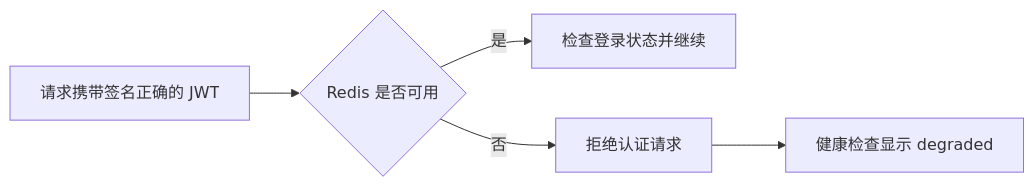
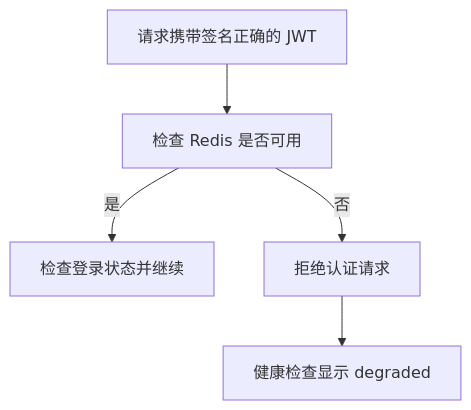
Before and after one commit to myth8/zzx-ai-agent: the ninth of 9 diagrams in docs/blogs/阶段0.2-JWT与Redis认证体系.md, drawn with Mermaid. The commit also changed other lines of this file and 27 other files, not shown here.

````diff
--- a/docs/blogs/阶段0.2-JWT与Redis认证体系.md
+++ b/docs/blogs/阶段0.2-JWT与Redis认证体系.md
@@ -469,7 +427,7 @@
 ```mermaid
-flowchart LR
-    A[请求携带签名正确的 JWT] --> B{Redis 是否可用}
-    B -->|是| C[检查登录状态并继续]
-    B -->|否| D[拒绝认证请求]
-    D --> E[健康检查显示 degraded]
+flowchart TD
+    A["请求携带签名正确的 JWT"] --> B["检查 Redis 是否可用"]
+    B -->|是| C["检查登录状态并继续"]
+    B -->|否| D["拒绝认证请求"]
+    D --> E["健康检查显示 degraded"]
 ```
````
